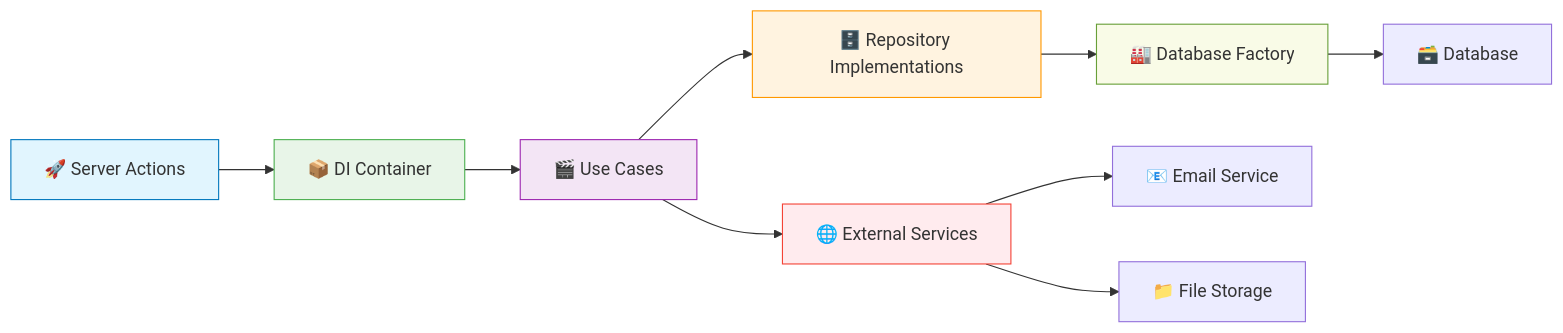
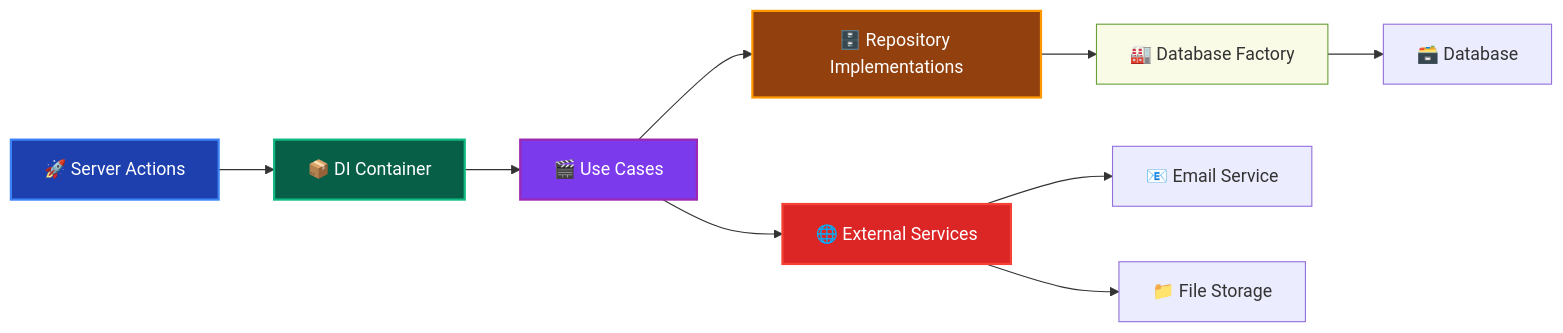
The fourth of 4 diagrams in _DOCS/guides/ddd/layers/components/server-actions.md (derushio/d-next-ddd-example), drawn with Mermaid before and after one commit. The commit also changed other lines of this file and 31 other files, not shown here.

Commit message:
🎨: DOCSのMermaid図表カラーテーマを暗色に統一し視認性を向上

````diff
--- a/_DOCS/guides/ddd/layers/components/server-actions.md
+++ b/_DOCS/guides/ddd/layers/components/server-actions.md
@@ -76,20 +76,20 @@
 ```mermaid
 graph LR
     SA["🚀 Server Actions"] --> DI["📦 DI Container"]
     DI --> UseCase["🎬 Use Cases"]
     UseCase --> RepoImpl["🗄️ Repository Implementations"]
     UseCase --> ExtService["🌐 External Services"]
     
     RepoImpl --> DBFactory["🏭 Database Factory"]
     DBFactory --> DB["🗃️ Database"]
     
     ExtService --> Email["📧 Email Service"]
     ExtService --> Storage["📁 File Storage"]
     
-    style SA fill:#e1f5fe,stroke:#0277bd
-    style DI fill:#e8f5e8,stroke:#4caf50
-    style UseCase fill:#f3e5f5,stroke:#9c27b0
-    style RepoImpl fill:#fff3e0,stroke:#ff9800
-    style ExtService fill:#ffebee,stroke:#f44336
+    style SA fill:#1e40af,stroke:#3b82f6,stroke-width:2px,color:#ffffff
+    style DI fill:#065f46,stroke:#10b981,stroke-width:2px,color:#ffffff
+    style UseCase fill:#7c3aed,stroke:#8b5cf6,stroke-width:2px,color:#ffffff fill:#7c3aed,stroke:#8b5cf6,stroke-width:2px,color:#ffffff,stroke:#9c27b0
+    style RepoImpl fill:#92400e,stroke:#f59e0b,stroke-width:2px,color:#ffffff fill:#92400e,stroke:#f59e0b,stroke-width:2px,color:#ffffff,stroke:#ff9800
+    style ExtService fill:#dc2626,stroke:#b91c1c,stroke-width:2px,color:#ffffff fill:#dc2626,stroke:#b91c1c,stroke-width:2px,color:#ffffff,stroke:#f44336
     style DBFactory fill:#f9fbe7,stroke:#689f38
 ```
````
